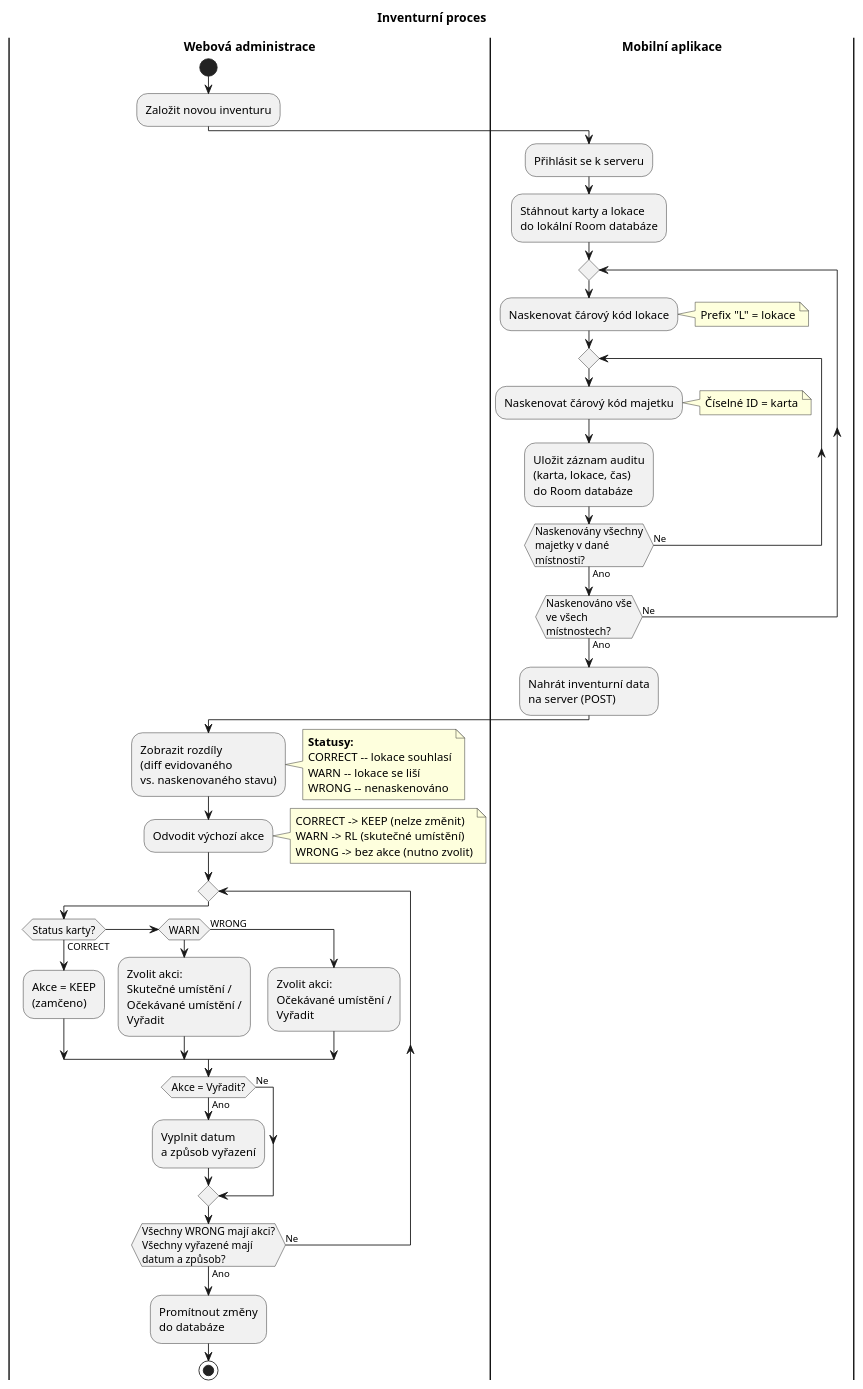
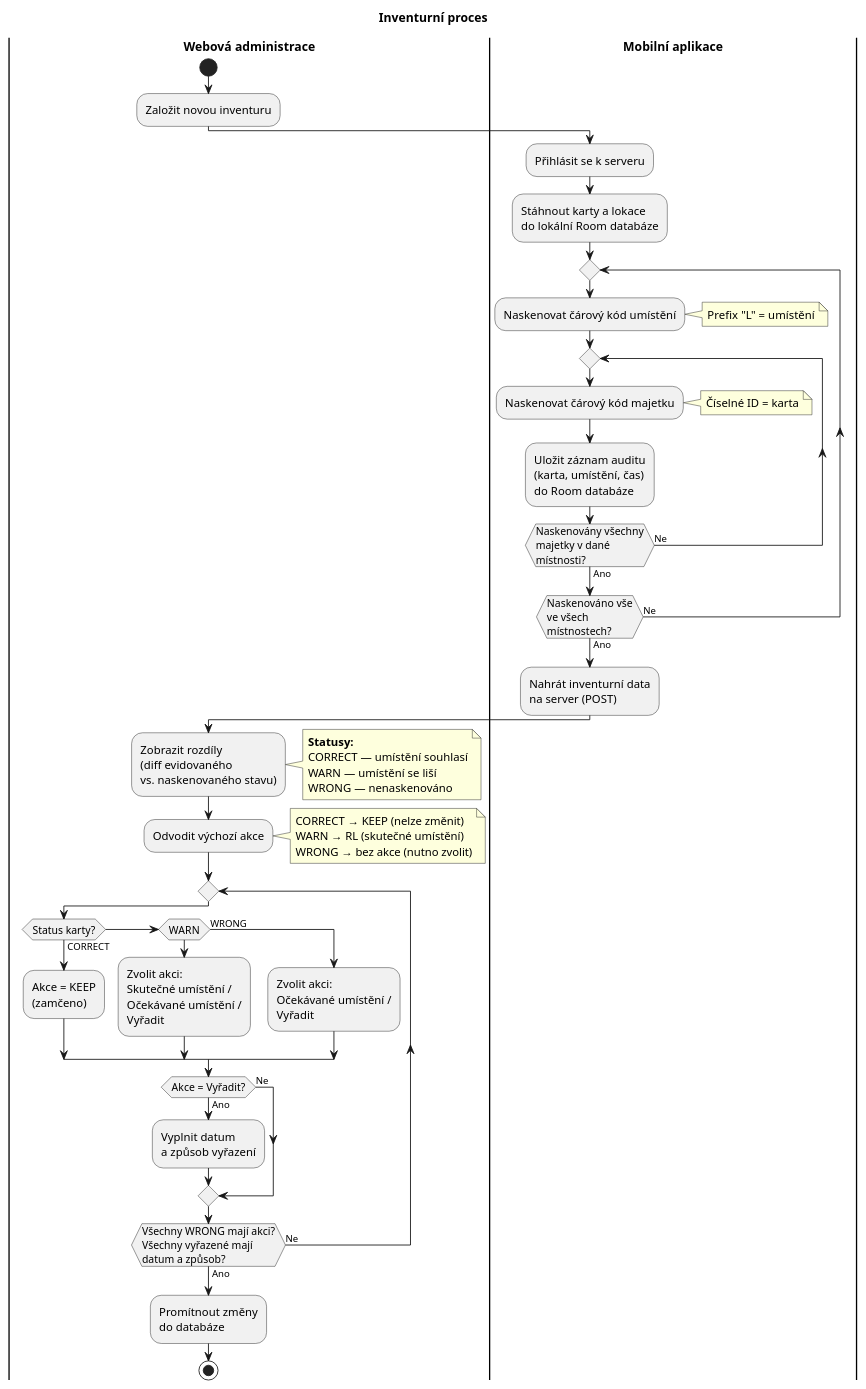
One commit to ondrasovka04/majetek changed the diagram in thesis/diagrams/activity-inventory.puml. Above: the diagram before and after it, drawn with PlantUML. The commit also changed 16 other files, not shown here.

```diff
--- a/thesis/diagrams/activity-inventory.puml
+++ b/thesis/diagrams/activity-inventory.puml
@@ -1,64 +1,64 @@
 @startuml activity-inventory
 skinparam activityFontSize 13
 skinparam activityDiamondFontSize 12
 skinparam swimlaneTitleFontSize 14
 skinparam swimlaneTitleFontStyle bold
 
 title Inventurní proces
 
 |Webová administrace|
 start
 :Založit novou inventuru;
 
 |Mobilní aplikace|
 :Přihlásit se k serveru;
 :Stáhnout karty a lokace\ndo lokální Room databáze;
 
 repeat
-  :Naskenovat čárový kód lokace;
-  note right: Prefix "L" = lokace
+  :Naskenovat čárový kód umístění;
+  note right: Prefix "L" = umístění
   repeat
     :Naskenovat čárový kód majetku;
     note right: Číselné ID = karta
-    :Uložit záznam auditu\n(karta, lokace, čas)\ndo Room databáze;
+    :Uložit záznam auditu\n(karta, umístění, čas)\ndo Room databáze;
   repeat while (Naskenovány všechny\nmajetky v dané\nmístnosti?) is (Ne) not (Ano)
 repeat while (Naskenováno vše\nve všech\nmístnostech?) is (Ne) not (Ano)
 
 :Nahrát inventurní data\nna server (POST);
 
 |Webová administrace|
 :Zobrazit rozdíly\n(diff evidovaného\nvs. naskenovaného stavu);
 
 note right
   **Statusy:**
-  CORRECT -- lokace souhlasí
-  WARN -- lokace se liší
-  WRONG -- nenaskenováno
+  CORRECT — umístění souhlasí
+  WARN — umístění se liší
+  WRONG — nenaskenováno
 end note
 
 :Odvodit výchozí akce;
 note right
-  CORRECT -> KEEP (nelze změnit)
-  WARN -> RL (skutečné umístění)
-  WRONG -> bez akce (nutno zvolit)
+  CORRECT → KEEP (nelze změnit)
+  WARN → RL (skutečné umístění)
+  WRONG → bez akce (nutno zvolit)
 end note
 
 repeat
   if (Status karty?) then (CORRECT)
     :Akce = KEEP\n(zamčeno);
   elseif (WARN) then
     :Zvolit akci:\nSkutečné umístění /\nOčekávané umístění /\nVyřadit;
   else (WRONG)
     :Zvolit akci:\nOčekávané umístění /\nVyřadit;
   endif
   if (Akce = Vyřadit?) then (Ano)
     :Vyplnit datum\na způsob vyřazení;
   else (Ne)
   endif
 repeat while (Všechny WRONG mají akci?\nVšechny vyřazené mají\ndatum a způsob?) is (Ne) not (Ano)
 
 
 :Promítnout změny\ndo databáze;
 stop
 
 @enduml
```
